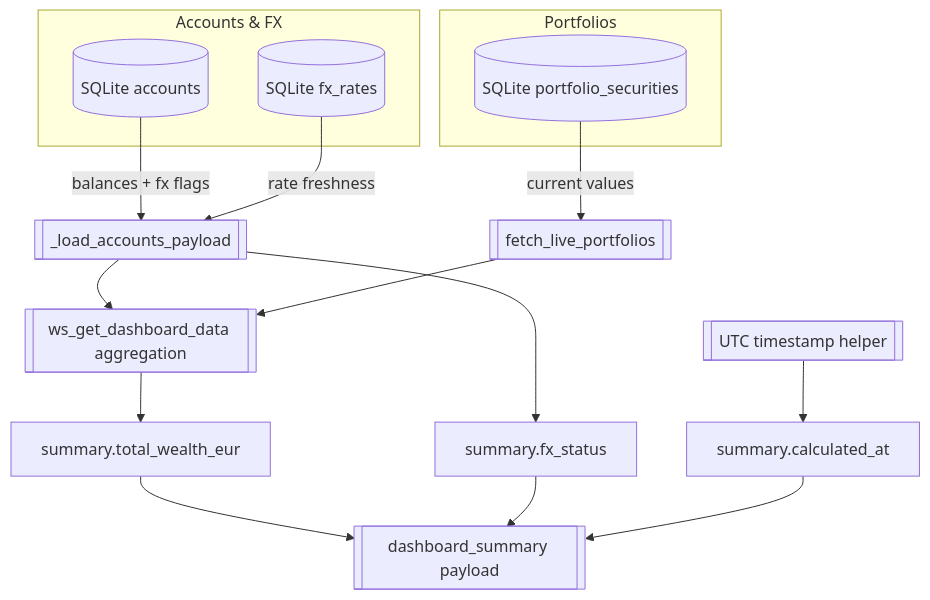
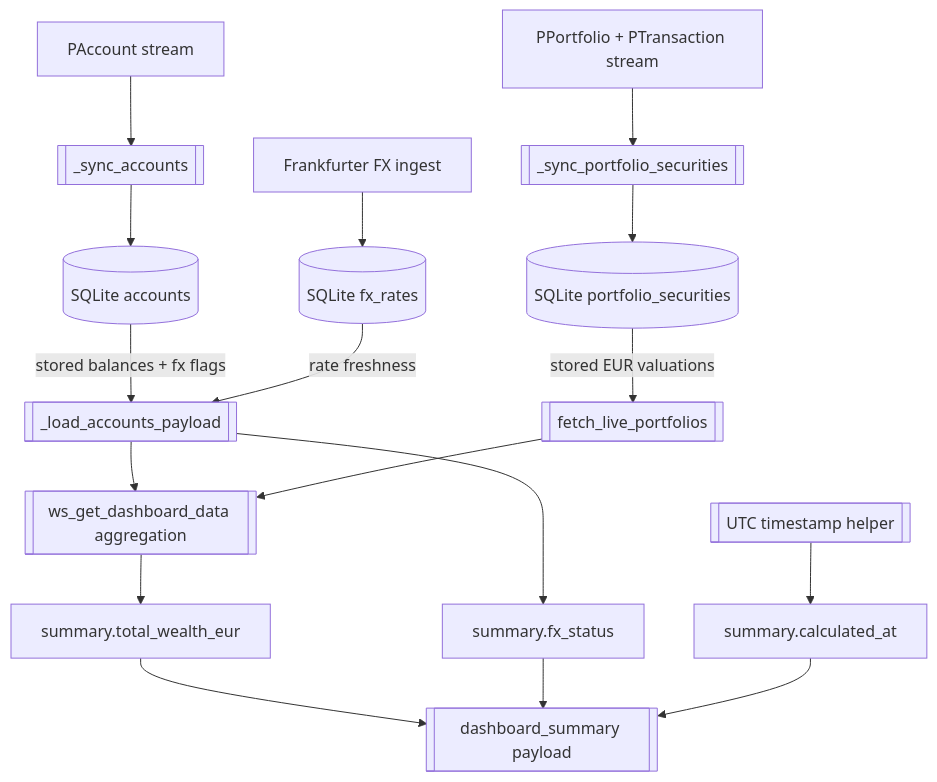
One commit to Freakandi/ha-pp-reader changed the first of 8 diagrams in datamodel/frontend-datamodel-visualizations.md. Above: the diagram before and after it, drawn with Mermaid. The commit also changed other lines of this file, not shown here.

Commit message:
Update frontend data model docs for new SQLite schema

````diff
--- a/datamodel/frontend-datamodel-visualizations.md
+++ b/datamodel/frontend-datamodel-visualizations.md
@@ -11,21 +11,19 @@
 ```mermaid
 flowchart TD
-  subgraph Accounts & FX
-    A1[(SQLite accounts)]
-    A2[(SQLite fx_rates)]
-  end
-  subgraph Portfolios
-    P1[(SQLite portfolio_securities)]
-  end
-  A1 -->|balances + fx flags| L1[[_load_accounts_payload]]
+  AccountsProto["PAccount stream"] --> SyncAccounts[[_sync_accounts]]
+  SyncAccounts --> A1[(SQLite accounts)]
+  FXProto["Frankfurter FX ingest"] --> A2[(SQLite fx_rates)]
+  HoldingsProto["PPortfolio + PTransaction stream"] --> SyncHoldings[[_sync_portfolio_securities]]
+  SyncHoldings --> P1[(SQLite portfolio_securities)]
+  A1 -->|stored balances + fx flags| L1[[_load_accounts_payload]]
   A2 -->|rate freshness| L1
-  P1 -->|current values| L2[[fetch_live_portfolios]]
+  P1 -->|stored EUR valuations| L2[[fetch_live_portfolios]]
   L1 --> Agg[[ws_get_dashboard_data aggregation]]
   L2 --> Agg
   Agg --> Total[summary.total_wealth_eur]
   L1 --> FX[summary.fx_status]
   Clock[[UTC timestamp helper]] --> Stamp[summary.calculated_at]
   Total --> Payload[[dashboard_summary payload]]
   FX --> Payload
   Stamp --> Payload
 ```
````
